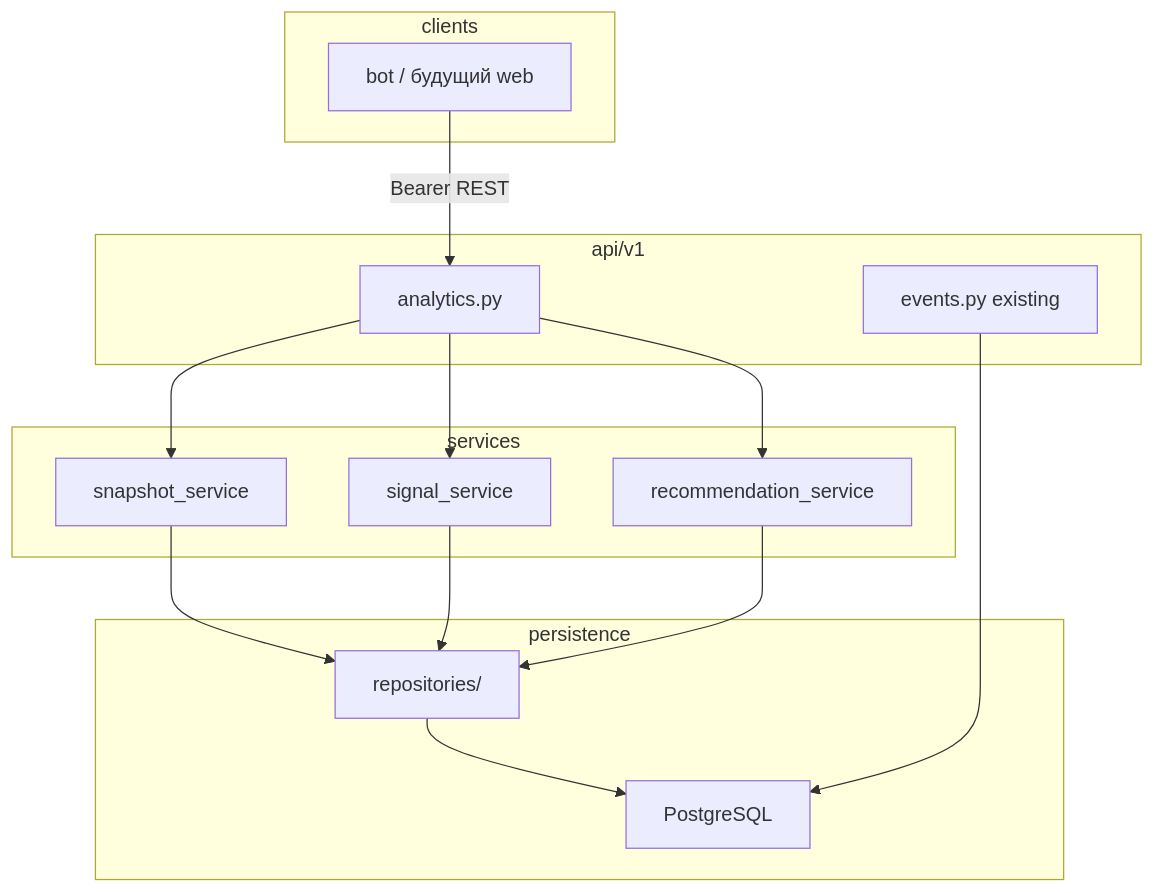
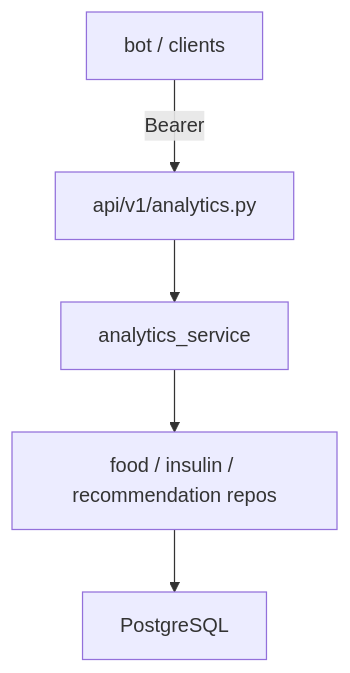
Before and after one commit to zatulik2606/diaai: the diagram in docs/tasks/impl/backend/iteration-4-analytics/plan.md, drawn with Mermaid. The commit also changed other lines of this file and 41 other files, not shown here.

````diff
--- a/docs/tasks/impl/backend/iteration-4-analytics/plan.md
+++ b/docs/tasks/impl/backend/iteration-4-analytics/plan.md
@@ -46,28 +45,9 @@
 ```mermaid
 flowchart TB
-    subgraph clients [clients]
-        Bot["bot / будущий web"]
-    end
-    subgraph api [api/v1]
-        analytics["analytics.py"]
-        events["events.py existing"]
-    end
-    subgraph services [services]
-        snap_svc["snapshot_service"]
-        signal_svc["signal_service"]
-        rec_svc["recommendation_service"]
-    end
-    subgraph data [persistence]
-        repos["repositories/"]
-        pg["PostgreSQL"]
-    end
-    Bot -->|Bearer REST| analytics
-    analytics --> snap_svc
-    analytics --> signal_svc
-    analytics --> rec_svc
-    snap_svc --> repos
-    signal_svc --> repos
-    rec_svc --> repos
-    repos --> pg
-    events --> pg
+    Bot["bot / clients"]
+    analytics["api/v1/analytics.py"]
+    svc["analytics_service"]
+    repos["food / insulin / recommendation repos"]
+    pg["PostgreSQL"]
+    Bot -->|Bearer| analytics --> svc --> repos --> pg
 ```
````
